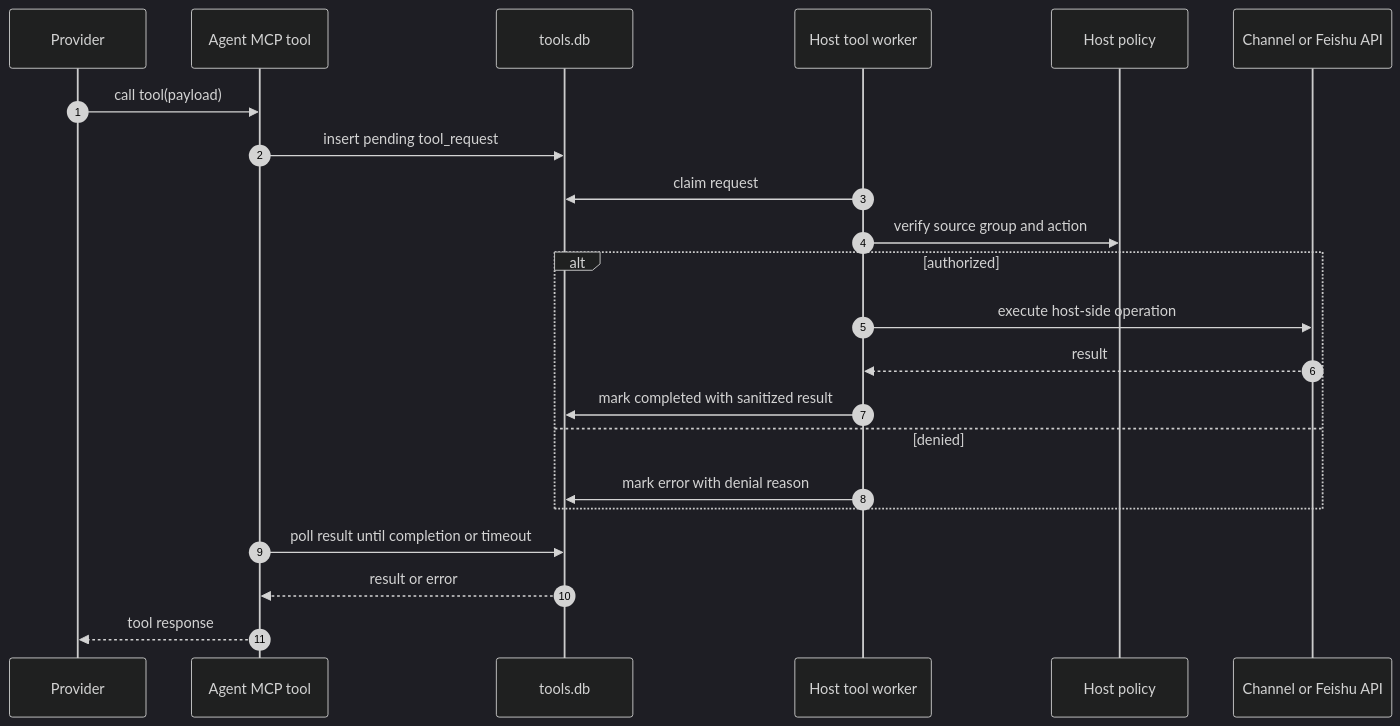
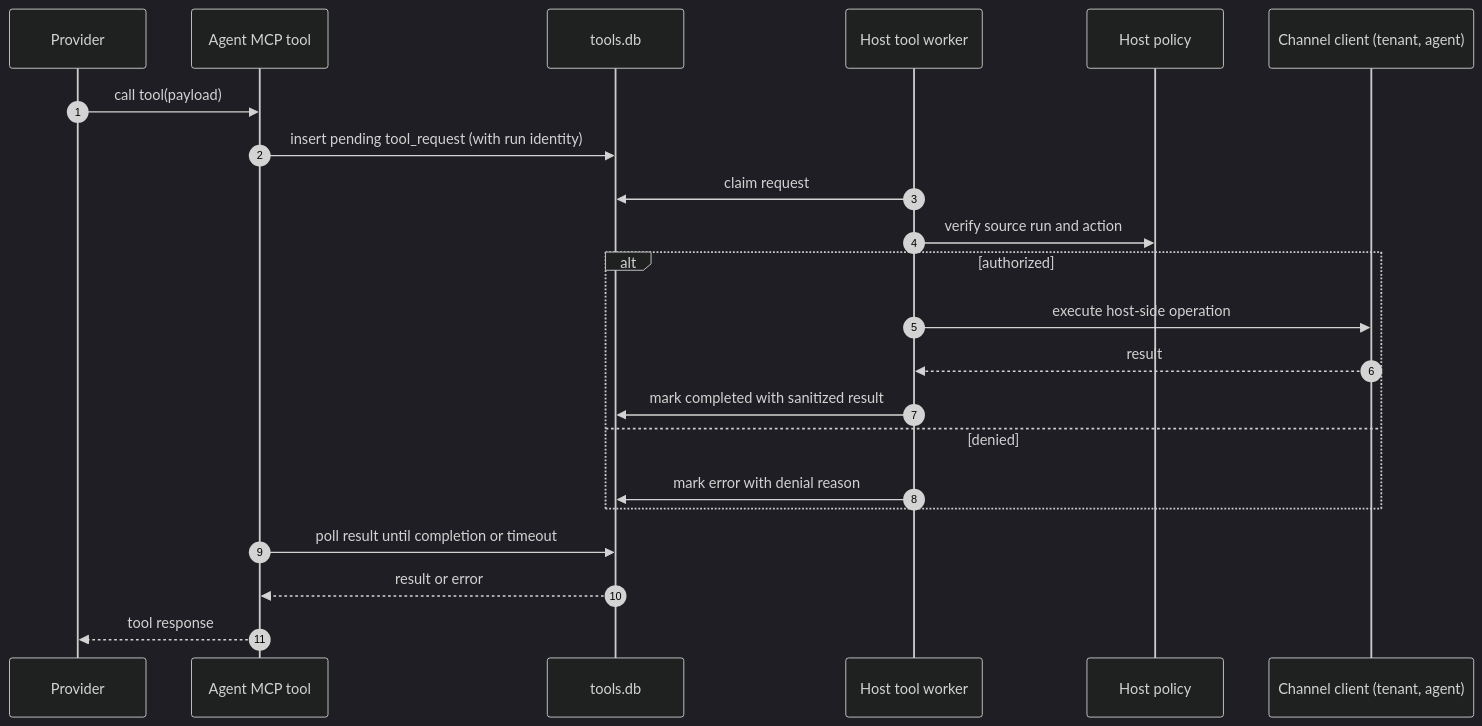
One commit to xi-qian/nanoclaw changed the third of 5 diagrams in docs/runtime-rework/TARGET_ARCHITECTURE_DETAILS.md. Above: the diagram before and after it, drawn with Mermaid (dark theme). The commit also changed other lines of this file and 18 other files, not shown here.

````diff
--- a/docs/runtime-rework/TARGET_ARCHITECTURE_DETAILS.md
+++ b/docs/runtime-rework/TARGET_ARCHITECTURE_DETAILS.md
@@ -277,25 +365,25 @@
 ```mermaid
 sequenceDiagram
   autonumber
   participant Provider
   participant Mcp as Agent MCP tool
   participant ToolsDb as tools.db
   participant Worker as Host tool worker
   participant Policy as Host policy
-  participant Channel as Channel or Feishu API
+  participant Channel as Channel client (tenant, agent)
 
   Provider->>Mcp: call tool(payload)
-  Mcp->>ToolsDb: insert pending tool_request
+  Mcp->>ToolsDb: insert pending tool_request (with run identity)
   Worker->>ToolsDb: claim request
-  Worker->>Policy: verify source group and action
+  Worker->>Policy: verify source run and action
   alt authorized
     Worker->>Channel: execute host-side operation
     Channel-->>Worker: result
     Worker->>ToolsDb: mark completed with sanitized result
   else denied
     Worker->>ToolsDb: mark error with denial reason
   end
   Mcp->>ToolsDb: poll result until completion or timeout
   ToolsDb-->>Mcp: result or error
   Mcp-->>Provider: tool response
 ```
````
